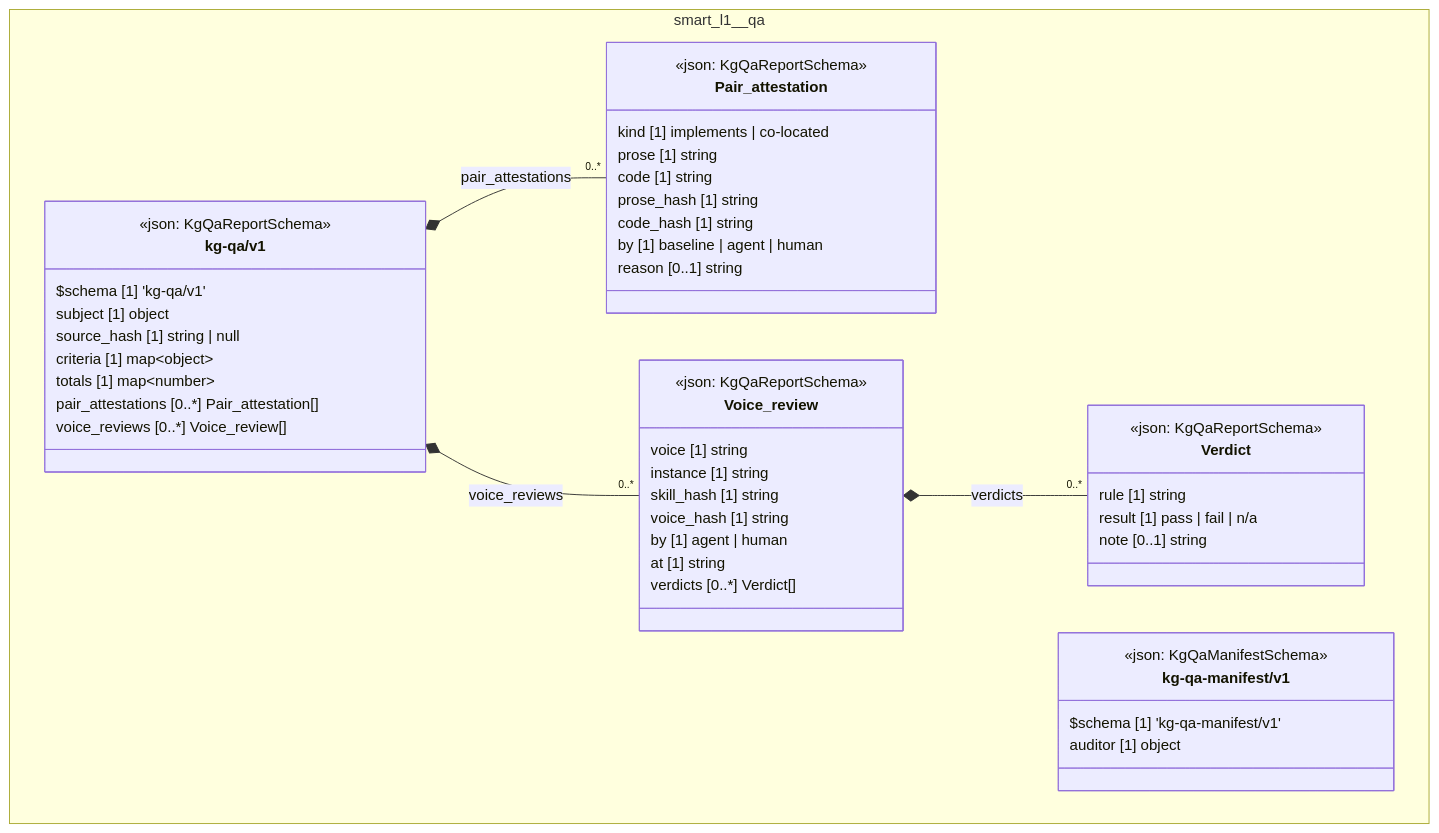
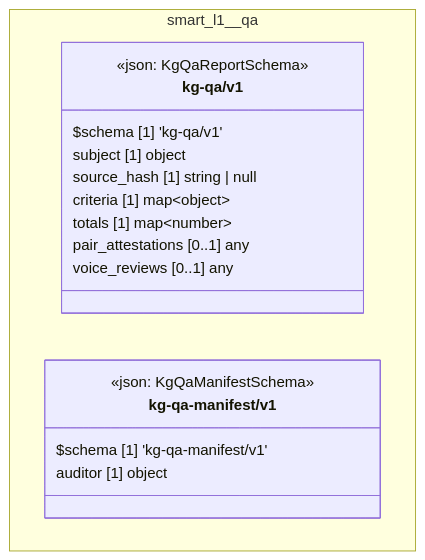
One commit to litlfred/folio-assistant changed the diagram in cat-harness/docs/uml/overview/smart-l1.md. Above: the diagram before and after it, drawn with Mermaid. The commit also changed 234 other files, not shown here.

````diff
--- a/cat-harness/docs/uml/overview/smart-l1.md
+++ b/cat-harness/docs/uml/overview/smart-l1.md
@@ -42,55 +42,23 @@
 ```mermaid
 classDiagram
   direction TB
   namespace smart_l1__qa {
-    class smart_l1_qa_kg_qa_v1_Pair_attestation["Pair_attestation"] {
-      <<json: KgQaReportSchema>>
-      kind [1] implements | co-located
-      prose [1] string
-      code [1] string
-      prose_hash [1] string
-      code_hash [1] string
-      by [1] baseline | agent | human
-      reason [0..1] string
-    }
-    class smart_l1_qa_kg_qa_v1_Verdict["Verdict"] {
-      <<json: KgQaReportSchema>>
-      rule [1] string
-      result [1] pass | fail | n/a
-      note [0..1] string
-    }
-    class smart_l1_qa_kg_qa_v1_Voice_review["Voice_review"] {
-      <<json: KgQaReportSchema>>
-      voice [1] string
-      instance [1] string
-      skill_hash [1] string
-      voice_hash [1] string
-      by [1] agent | human
-      at [1] string
-      verdicts [0..*] Verdict[]
-    }
     class smart_l1_qa_kg_qa_v1_kg_qa_v1["kg-qa/v1"] {
       <<json: KgQaReportSchema>>
       $schema [1] 'kg-qa/v1'
       subject [1] object
       source_hash [1] string | null
       criteria [1] map~object~
       totals [1] map~number~
-      pair_attestations [0..*] Pair_attestation[]
-      voice_reviews [0..*] Voice_review[]
+      pair_attestations [0..1] any
+      voice_reviews [0..1] any
     }
     class smart_l1_qa_kg_qa_manifest_v1_kg_qa_manifest_v1["kg-qa-manifest/v1"] {
       <<json: KgQaManifestSchema>>
       $schema [1] 'kg-qa-manifest/v1'
       auditor [1] object
     }
   }
-  smart_l1_qa_kg_qa_v1_kg_qa_v1 *-- "0..*" smart_l1_qa_kg_qa_v1_Pair_attestation : pair_attestations
-  smart_l1_qa_kg_qa_v1_Voice_review *-- "0..*" smart_l1_qa_kg_qa_v1_Verdict : verdicts
-  smart_l1_qa_kg_qa_v1_kg_qa_v1 *-- "0..*" smart_l1_qa_kg_qa_v1_Voice_review : voice_reviews
-  cssClass "smart_l1_qa_kg_qa_v1_Pair_attestation" fa_uml_kind_qa
-  cssClass "smart_l1_qa_kg_qa_v1_Verdict" fa_uml_kind_qa
-  cssClass "smart_l1_qa_kg_qa_v1_Voice_review" fa_uml_kind_qa
   cssClass "smart_l1_qa_kg_qa_v1_kg_qa_v1" fa_uml_kind_qa
   cssClass "smart_l1_qa_kg_qa_manifest_v1_kg_qa_manifest_v1" fa_uml_kind_qa
 ```
````
